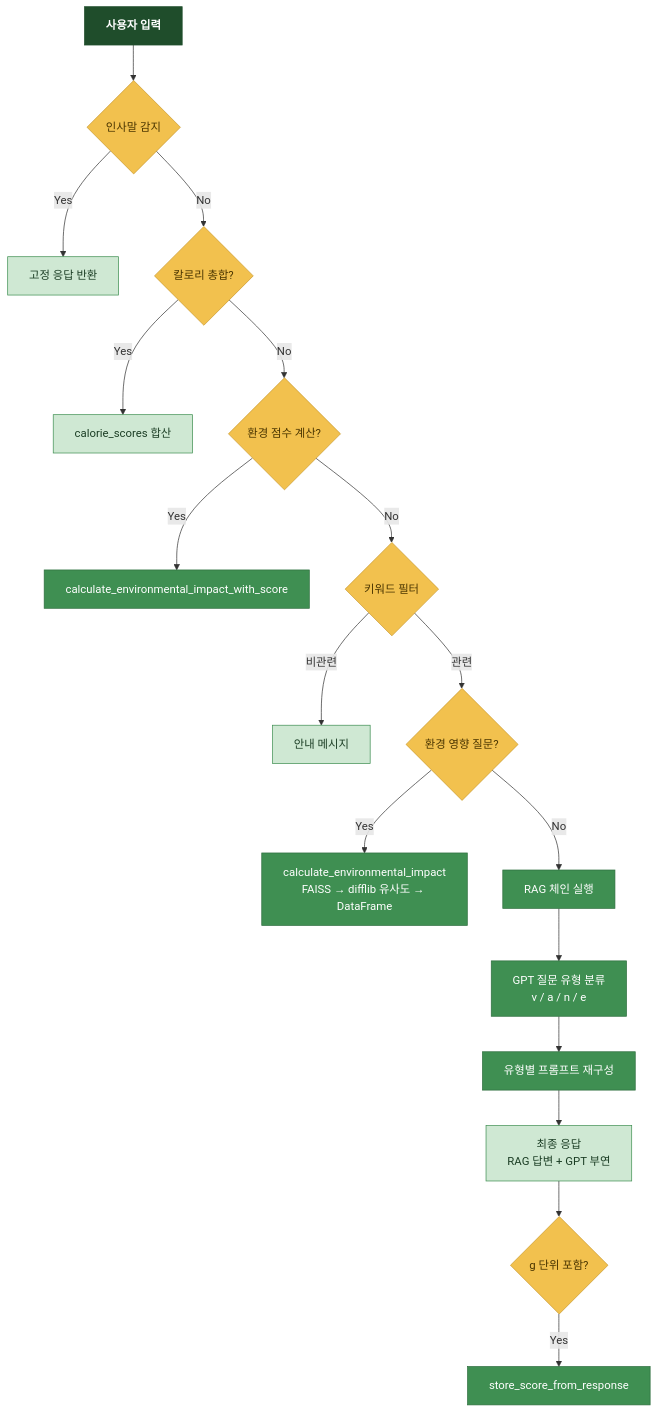
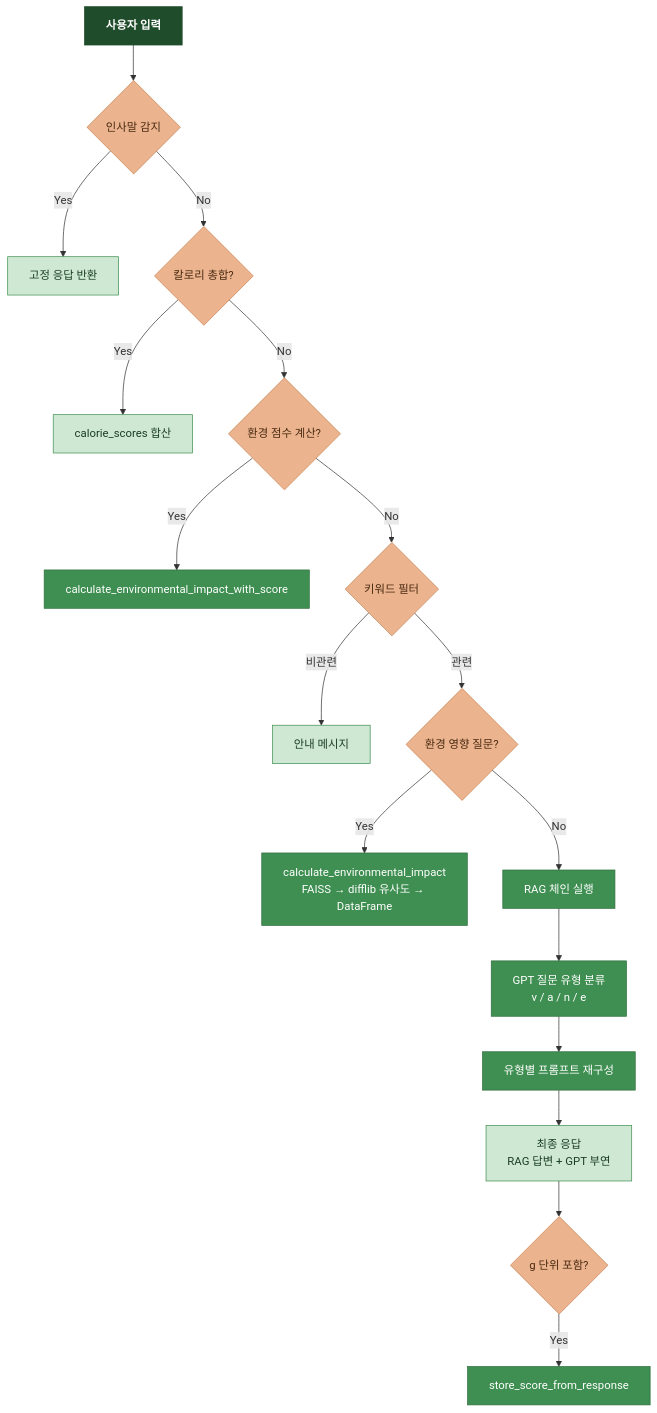
The second of 3 diagrams in README.md (young017/VEGAN), drawn with Mermaid before and after one commit.

````diff
--- a/README.md
+++ b/README.md
@@ -26,24 +26,24 @@
 ```mermaid
 flowchart TD
     classDef input  fill:#1F4D2B,stroke:#1F4D2B,color:#fff,font-weight:bold
-    classDef decide fill:#F2C14E,stroke:#C99A2E,color:#4A3500
+    classDef decide fill:#EBB48F,stroke:#C9824F,color:#4A2A10
     classDef proc   fill:#3F8F52,stroke:#2E6E3E,color:#fff
     classDef out    fill:#CFE8D3,stroke:#3F8F52,color:#1B3D24
 
     A[사용자 입력]:::input --> B{인사말 감지}:::decide
     B -->|Yes| C[고정 응답 반환]:::out
     B -->|No| D{칼로리 총합?}:::decide
     D -->|Yes| E[calorie_scores 합산]:::out
     D -->|No| F{환경 점수 계산?}:::decide
     F -->|Yes| G[calculate_environmental_impact_with_score]:::proc
     F -->|No| H{키워드 필터}:::decide
     H -->|비관련| I[안내 메시지]:::out
     H -->|관련| J{환경 영향 질문?}:::decide
     J -->|Yes| K[calculate_environmental_impact\nFAISS → difflib 유사도 → DataFrame]:::proc
     J -->|No| L[RAG 체인 실행]:::proc
     L --> M[GPT 질문 유형 분류\nv / a / n / e]:::proc
     M --> N[유형별 프롬프트 재구성]:::proc
     N --> O[최종 응답\nRAG 답변 + GPT 부연]:::out
     O --> P{g 단위 포함?}:::decide
     P -->|Yes| Q[store_score_from_response]:::proc
 ```
````
